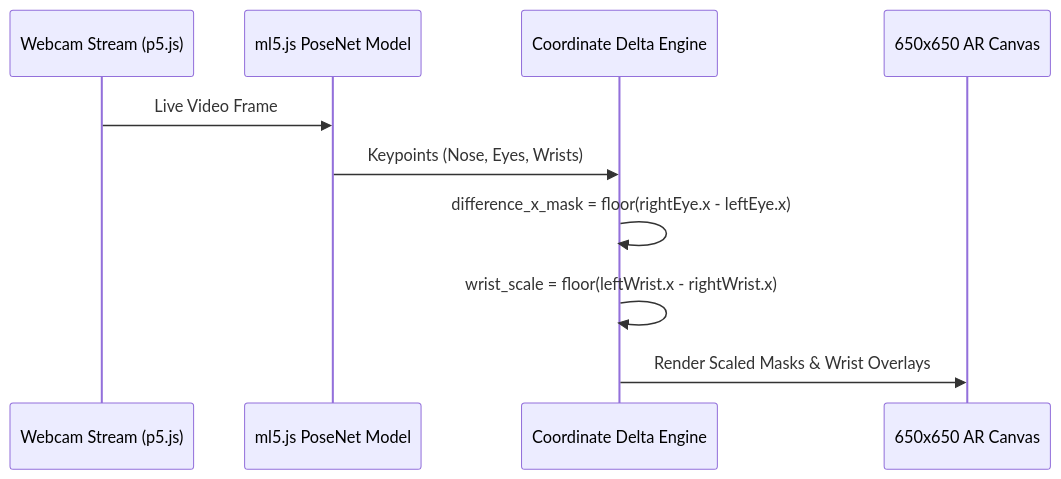
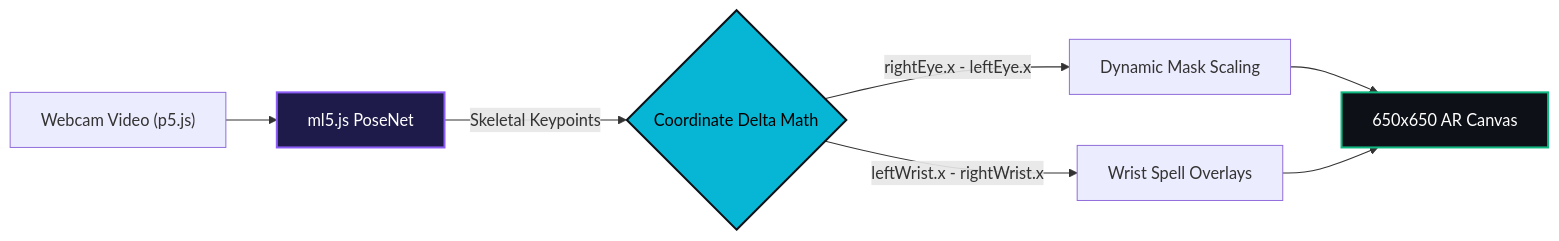
The third of 4 diagrams in README.md (RD998/RD998), drawn with Mermaid before and after one commit. The commit also changed other lines of this file, not shown here.

````diff
--- a/README.md
+++ b/README.md
@@ -95,12 +105,12 @@
 ```mermaid
-sequenceDiagram
-    participant Cam as Webcam Stream (p5.js)
-    participant ML as ml5.js PoseNet Model
-    participant Math as Coordinate Delta Engine
-    participant Canvas as 650x650 AR Canvas
-    Cam->>ML: Live Video Frame
-    ML->>Math: Keypoints (Nose, Eyes, Wrists)
-    Math->>Math: difference_x_mask = floor(rightEye.x - leftEye.x)
-    Math->>Math: wrist_scale = floor(leftWrist.x - rightWrist.x)
-    Math->>Canvas: Render Scaled Masks & Wrist Overlays
+flowchart LR
+    CAM["Webcam Video (p5.js)"] --> ML["ml5.js PoseNet"]
+    ML -->|"Skeletal Keypoints"| MATH{"Coordinate Delta Math"}
+    MATH -->|"rightEye.x - leftEye.x"| MASK["Dynamic Mask Scaling"]
+    MATH -->|"leftWrist.x - rightWrist.x"| SPELL["Wrist Spell Overlays"]
+    MASK --> CANVAS["650x650 AR Canvas"]
+    SPELL --> CANVAS
+    style ML fill:#1e1b4b,stroke:#8b5cf6,stroke-width:2px,color:#fff
+    style MATH fill:#06b6d4,stroke:#0d1117,stroke-width:2px,color:#000
+    style CANVAS fill:#0d1117,stroke:#10b981,stroke-width:2px,color:#fff
 ```
````
